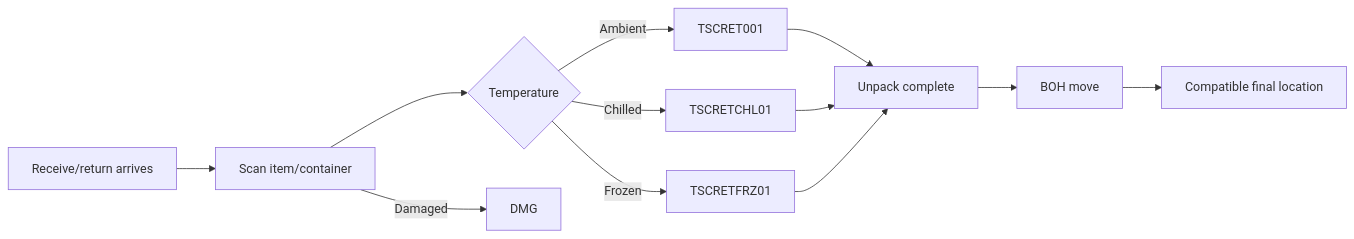
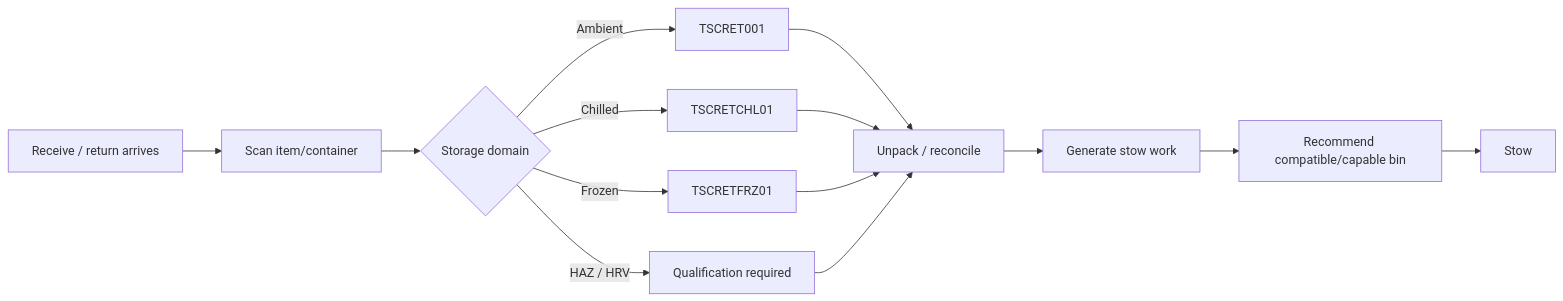
The first of 5 diagrams in docs/WORKFLOWS.md (obieda-hussien/sass), drawn with Mermaid before and after one commit. The commit also changed other lines of this file, not shown here.

Commit message:
docs(workflows): document v0.4 warehouse and workforce flows

````diff
--- a/docs/WORKFLOWS.md
+++ b/docs/WORKFLOWS.md
@@ -5,14 +5,16 @@
 ```mermaid
 flowchart LR
-  A[Receive/return arrives] --> B[Scan item/container]
-  B --> C{Temperature}
+  A[Receive / return arrives] --> B[Scan item/container]
+  B --> C{Storage domain}
   C -->|Ambient| D[TSCRET001]
   C -->|Chilled| E[TSCRETCHL01]
   C -->|Frozen| F[TSCRETFRZ01]
-  D --> G[Unpack complete]
-  E --> G
-  F --> G
-  G --> H[BOH move]
-  H --> I[Compatible final location]
-  B -->|Damaged| J[DMG]
+  C -->|HAZ / HRV| G[Qualification required]
+  D --> H[Unpack / reconcile]
+  E --> H
+  F --> H
+  G --> H
+  H --> I[Generate stow work]
+  I --> J[Recommend compatible/capable bin]
+  J --> K[Stow]
 ```
````
